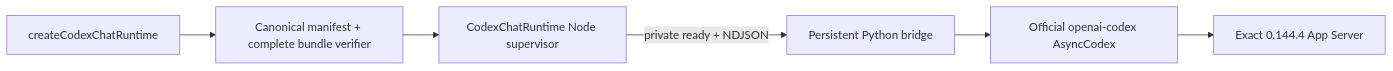
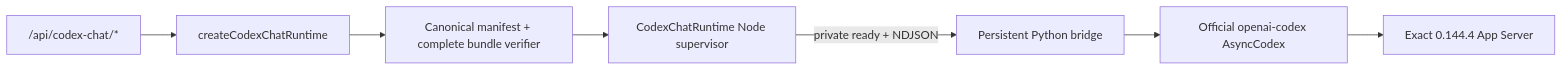
One commit to Mureung1/hub-showcase changed the second of 2 diagrams in docs/architecture/runtime-harness-implementation-map.md. Above: the diagram before and after it, drawn with Mermaid. The commit also changed other lines of this file and 13 other files, not shown here.

Commit message:
feat: expose Codex Chat server transport

````diff
--- a/docs/architecture/runtime-harness-implementation-map.md
+++ b/docs/architecture/runtime-harness-implementation-map.md
@@ -79,15 +79,17 @@
 ```mermaid
 flowchart LR
+  Http["/api/codex-chat/*"]
   Factory["createCodexChatRuntime"]
   Verifier["Canonical manifest + complete bundle verifier"]
   Node["CodexChatRuntime Node supervisor"]
   Python["Persistent Python bridge"]
   SDK["Official openai-codex AsyncCodex"]
   Native["Exact 0.144.4 App Server"]
 
+  Http --> Factory
   Factory --> Verifier
   Verifier --> Node
   Node -->|"private ready + NDJSON"| Python
   Python --> SDK
   SDK --> Native
 ```
````
